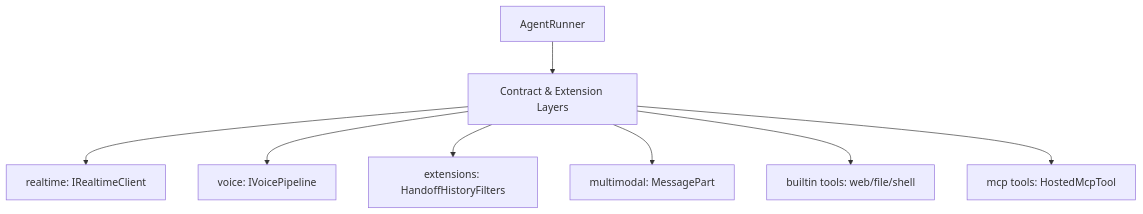
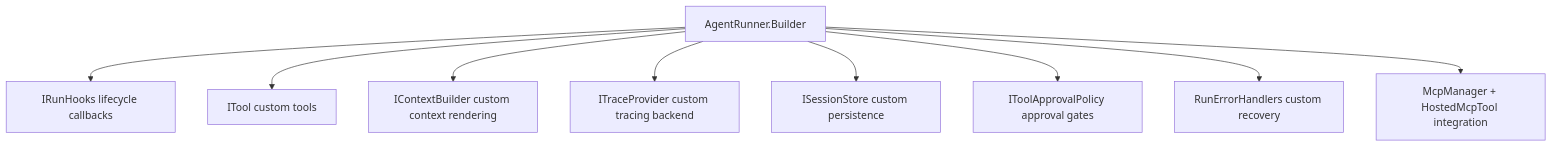
Before and after one commit to D15190304050/gundam-core: the fifth of 5 diagrams in designs/GUNDAM-core-Architecture.md, drawn with Mermaid. The commit also changed other lines of this file and 63 other files, not shown here.

Commit message:
Correct architecture doc components to match current runtime types

````diff
--- a/designs/GUNDAM-core-Architecture.md
+++ b/designs/GUNDAM-core-Architecture.md
@@ -127,10 +80,11 @@
 ```mermaid
 graph TD
-    A[AgentRunner] --> B[Contract & Extension Layers]
-    B --> C[realtime: IRealtimeClient]
-    B --> D[voice: IVoicePipeline]
-    B --> E[extensions: HandoffHistoryFilters]
-    B --> F[multimodal: MessagePart]
-    B --> G[builtin tools: web/file/shell]
-    B --> H[mcp tools: HostedMcpTool]
+    A[AgentRunner.Builder] --> B[IRunHooks lifecycle callbacks]
+    A --> C[ITool custom tools]
+    A --> D[IContextBuilder custom context rendering]
+    A --> E[ITraceProvider custom tracing backend]
+    A --> F[ISessionStore custom persistence]
+    A --> G[IToolApprovalPolicy approval gates]
+    A --> H[RunErrorHandlers custom recovery]
+    A --> I[McpManager + HostedMcpTool integration]
 ```
````
